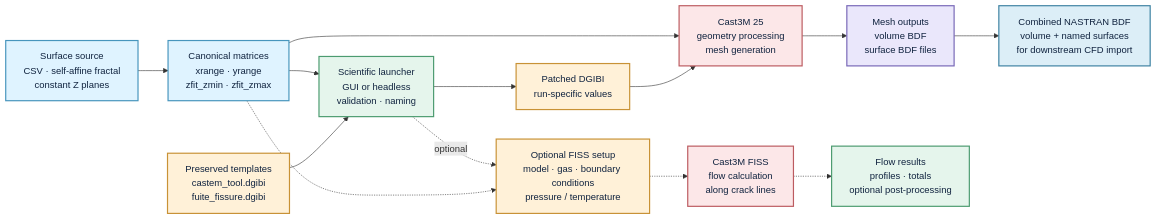
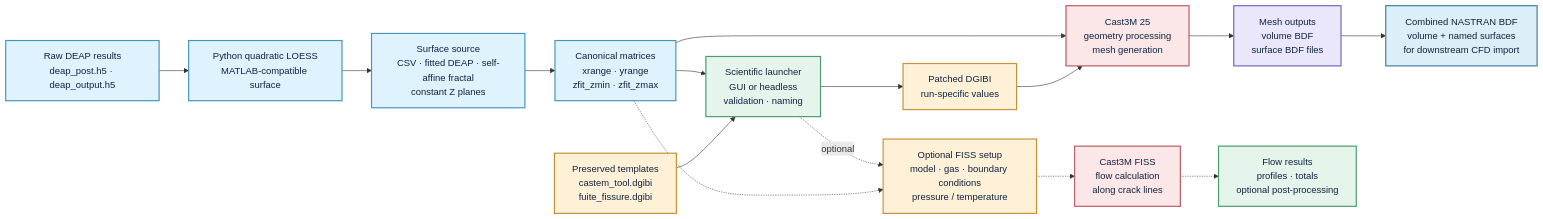
One commit to onajjar/dem-crack-surface-mesher changed the diagram in docs/workflow.mmd. Above: the diagram before and after it, drawn with Mermaid. The commit also changed 78 other files, not shown here.

Commit message:
feat: integrate Python DEAP surface fitting

```diff
--- a/docs/workflow.mmd
+++ b/docs/workflow.mmd
@@ -1,28 +1,30 @@
 flowchart LR
-    SOURCE["Surface source<br/>CSV · self-affine fractal<br/>constant Z planes"] --> CONTRACT["Canonical matrices<br/>xrange · yrange<br/>zfit_zmin · zfit_zmax"]
+    DEAP["Raw DEAP results<br/>deap_post.h5 · deap_output.h5"] --> FIT["Python quadratic LOESS<br/>MATLAB-compatible surface"]
+    FIT --> SOURCE
+    SOURCE["Surface source<br/>CSV · fitted DEAP · self-affine fractal<br/>constant Z planes"] --> CONTRACT["Canonical matrices<br/>xrange · yrange<br/>zfit_zmin · zfit_zmax"]
     CONTRACT --> GUI["Scientific launcher<br/>GUI or headless<br/>validation · naming"]
     TEMPLATE["Preserved templates<br/>castem_tool.dgibi<br/>fuite_fissure.dgibi"] --> GUI
     GUI --> DGIBI["Patched DGIBI<br/>run-specific values"]
     CONTRACT --> CASTEM["Cast3M 25<br/>geometry processing<br/>mesh generation"]
     DGIBI --> CASTEM
     CASTEM --> MESH["Mesh outputs<br/>volume BDF<br/>surface BDF files"]
     MESH --> CFD["Combined NASTRAN BDF<br/>volume + named surfaces<br/>for downstream CFD import"]
 
     GUI -. optional .-> FSETUP["Optional FISS setup<br/>model · gas · boundary conditions<br/>pressure / temperature"]
     CONTRACT -.-> FSETUP
     FSETUP -.-> FISS["Cast3M FISS<br/>flow calculation<br/>along crack lines"]
     FISS -.-> RESULTS["Flow results<br/>profiles · totals<br/>optional post-processing"]
 
     classDef input fill:#dff3ff,stroke:#4795bd,color:#10233f,stroke-width:2px;
     classDef gui fill:#e5f5ec,stroke:#4c9b70,color:#10233f,stroke-width:2px;
     classDef castem fill:#fce7e8,stroke:#bc5b60,color:#10233f,stroke-width:2px;
     classDef mesh fill:#eae7fb,stroke:#7767b7,color:#10233f,stroke-width:2px;
     classDef output fill:#dceef7,stroke:#3d82a2,color:#10233f,stroke-width:2px;
     classDef support fill:#fff1d8,stroke:#c89236,color:#10233f,stroke-width:2px;
 
-    class SOURCE,CONTRACT input;
+    class DEAP,FIT,SOURCE,CONTRACT input;
     class GUI,RESULTS gui;
     class CASTEM,FISS castem;
     class MESH mesh;
     class CFD output;
     class TEMPLATE,DGIBI,FSETUP support;
```
